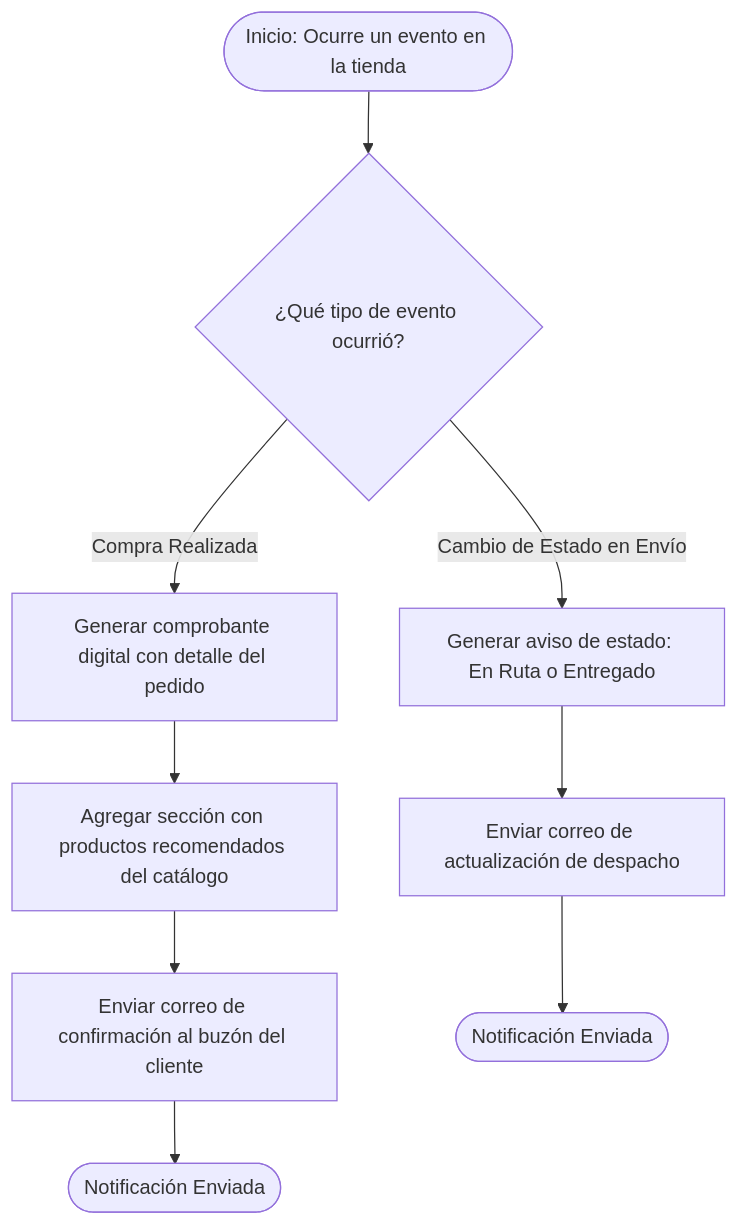
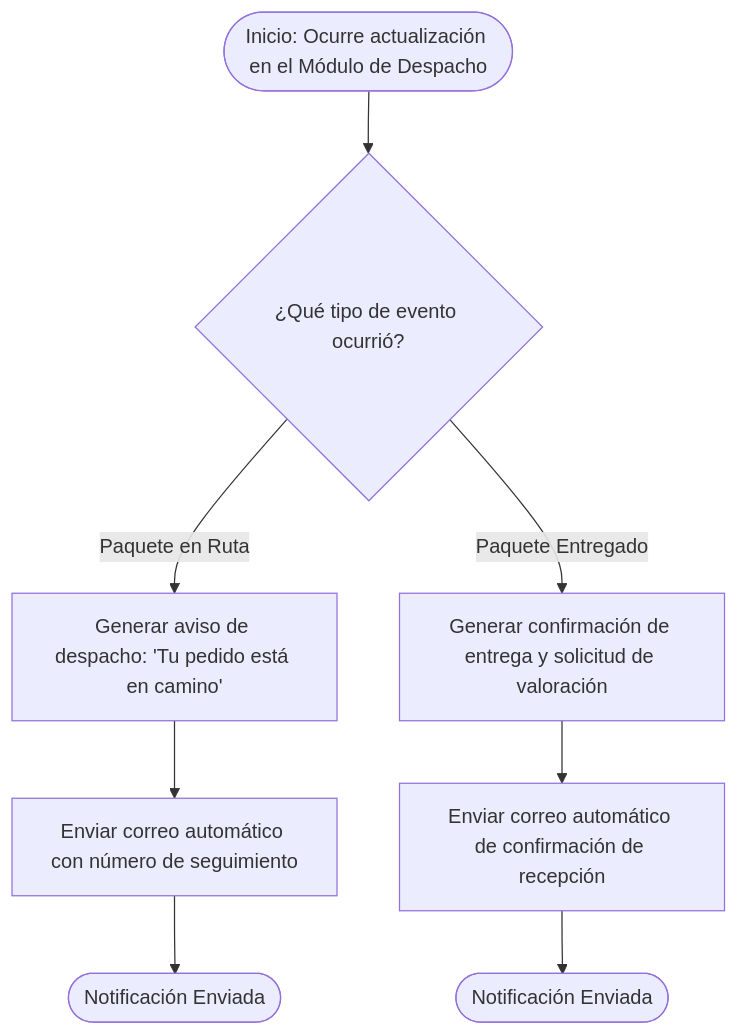
One commit to LeonidasGarcia/Multichannel-Marketplace changed the eighth of 9 diagrams in Diagrama de Procesos/Diagramas de Procesos Preliminares.md. Above: the diagram before and after it, drawn with Mermaid. The commit also changed other lines of this file and 1 other file, not shown here.

Commit message:
feat: Update process diagrams and enhance user flow descriptions in the documentation

````diff
--- a/Diagrama de Procesos/Diagramas de Procesos Preliminares.md
+++ b/Diagrama de Procesos/Diagramas de Procesos Preliminares.md
@@ -167,13 +203,11 @@
-```mermaid.js
+```mermaid
 flowchart TD
-    InicioNotif([Inicio: Ocurre un evento en la tienda]) --> EvaluarEvento{¿Qué tipo de evento ocurrió?}
+    InicioNotif([Inicio: Ocurre actualización en el Módulo de Despacho]) --> EvaluarEvento{¿Qué tipo de evento ocurrió?}
 
-    %% Confirmación de Compra
-    EvaluarEvento -- Compra Realizada --> PrepararCorreoCompra[Generar comprobante digital con detalle del pedido]
-    PrepararCorreoCompra --> IncluirRecomendados[Agregar sección con productos recomendados del catálogo]
-    IncluirRecomendados --> DespacharCorreoCompra[Enviar correo de confirmación al buzón del cliente] --> FinNotif1([Notificación Enviada])
+    %% Actualización de Estado de Envío
+    EvaluarEvento -- Paquete en Ruta --> PrepararCorreoRuta[Generar aviso de despacho: 'Tu pedido está en camino']
+    PrepararCorreoRuta --> DespacharCorreoRuta[Enviar correo automático con número de seguimiento] --> FinNotif1([Notificación Enviada])
 
-    %% Actualización de Envío
-    EvaluarEvento -- Cambio de Estado en Envío --> PrepararCorreoEnvio[Generar aviso de estado: En Ruta o Entregado]
-    PrepararCorreoEnvio --> DespacharCorreoEnvio[Enviar correo de actualización de despacho] --> FinNotif2([Notificación Enviada])
+    EvaluarEvento -- Paquete Entregado --> PrepararCorreoEntrega[Generar confirmación de entrega y solicitud de valoración]
+    PrepararCorreoEntrega --> DespacharCorreoEntrega[Enviar correo automático de confirmación de recepción] --> FinNotif2([Notificación Enviada])
 ```
````
